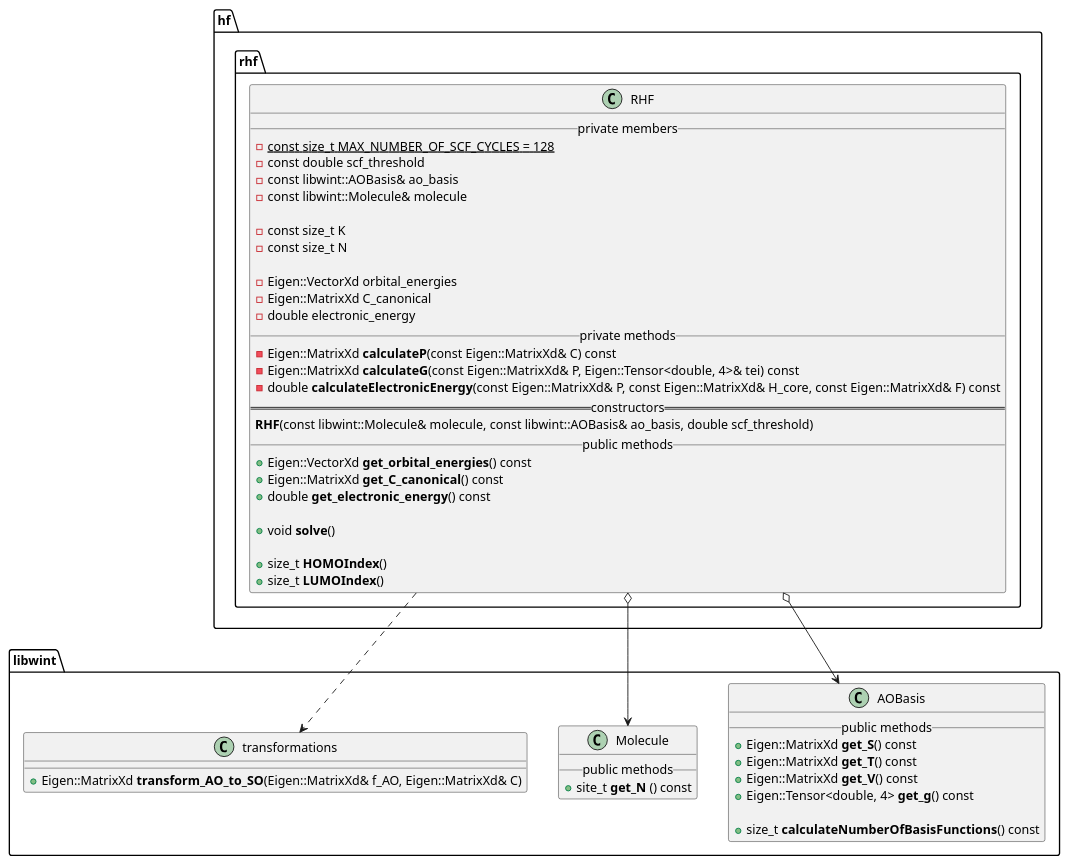
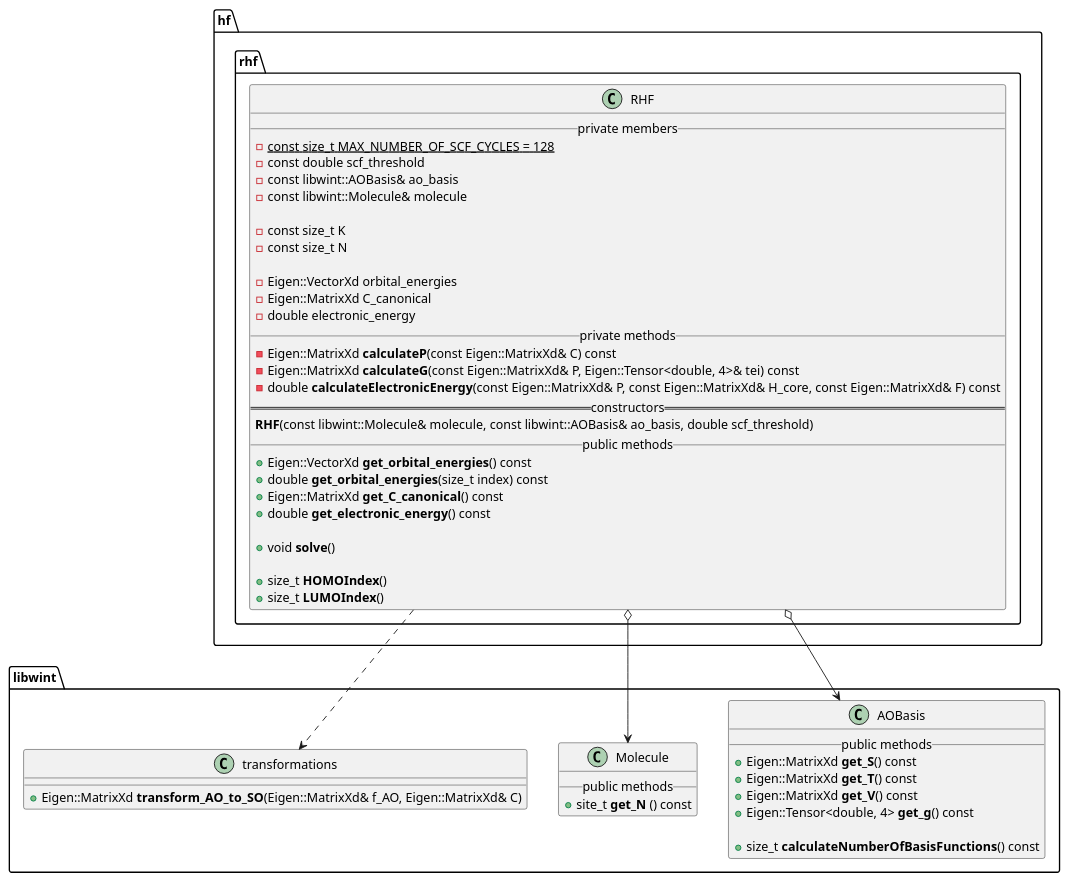
Before and after one commit to tmhuysen/hf: the diagram in docs/hf.puml, drawn with PlantUML. The commit also changed 1 other file, not shown here.

Commit message:
Added another getter for orbital energies.

```diff
--- a/docs/hf.puml
+++ b/docs/hf.puml
@@ -1,73 +1,74 @@
 @startuml
 
 
 namespace libwint {
 
     class AOBasis {
         __ public methods __
             + Eigen::MatrixXd **get_S**() const
             + Eigen::MatrixXd **get_T**() const
             + Eigen::MatrixXd **get_V**() const
             + Eigen::Tensor<double, 4> **get_g**() const
 
             + size_t **calculateNumberOfBasisFunctions**() const
     }
 
 
     class Molecule {
         __ public methods __
             + site_t **get_N** () const
     }
 
 
     class transformations {
         + Eigen::MatrixXd **transform_AO_to_SO**(Eigen::MatrixXd& f_AO, Eigen::MatrixXd& C)
     }
 
 }
 
 
 namespace hf {
     namespace rhf {
 
         class RHF {
             __ private members __
                 - const size_t {static} MAX_NUMBER_OF_SCF_CYCLES = 128
                 - const double scf_threshold
                 - const libwint::AOBasis& ao_basis
                 - const libwint::Molecule& molecule
 
                 - const size_t K
                 - const size_t N
 
                 - Eigen::VectorXd orbital_energies
                 - Eigen::MatrixXd C_canonical
                 - double electronic_energy
             __ private methods __
                 - Eigen::MatrixXd **calculateP**(const Eigen::MatrixXd& C) const
                 - Eigen::MatrixXd **calculateG**(const Eigen::MatrixXd& P, Eigen::Tensor<double, 4>& tei) const
                 - double **calculateElectronicEnergy**(const Eigen::MatrixXd& P, const Eigen::MatrixXd& H_core, const Eigen::MatrixXd& F) const
             == constructors ==
                 **RHF**(const libwint::Molecule& molecule, const libwint::AOBasis& ao_basis, double scf_threshold)
             __ public methods __
                 + Eigen::VectorXd **get_orbital_energies**() const
+                + double **get_orbital_energies**(size_t index) const
                 + Eigen::MatrixXd **get_C_canonical**() const
                 + double **get_electronic_energy**() const
 
                 + void **solve**()
 
                 + size_t **HOMOIndex**()
                 + size_t **LUMOIndex**()
         }
     }
 }
 
 
 
 hf.rhf.RHF o--> libwint.AOBasis
 
 hf.rhf.RHF o--> libwint.Molecule
 
 hf.rhf.RHF ..> libwint.transformations
 
 @enduml
```
